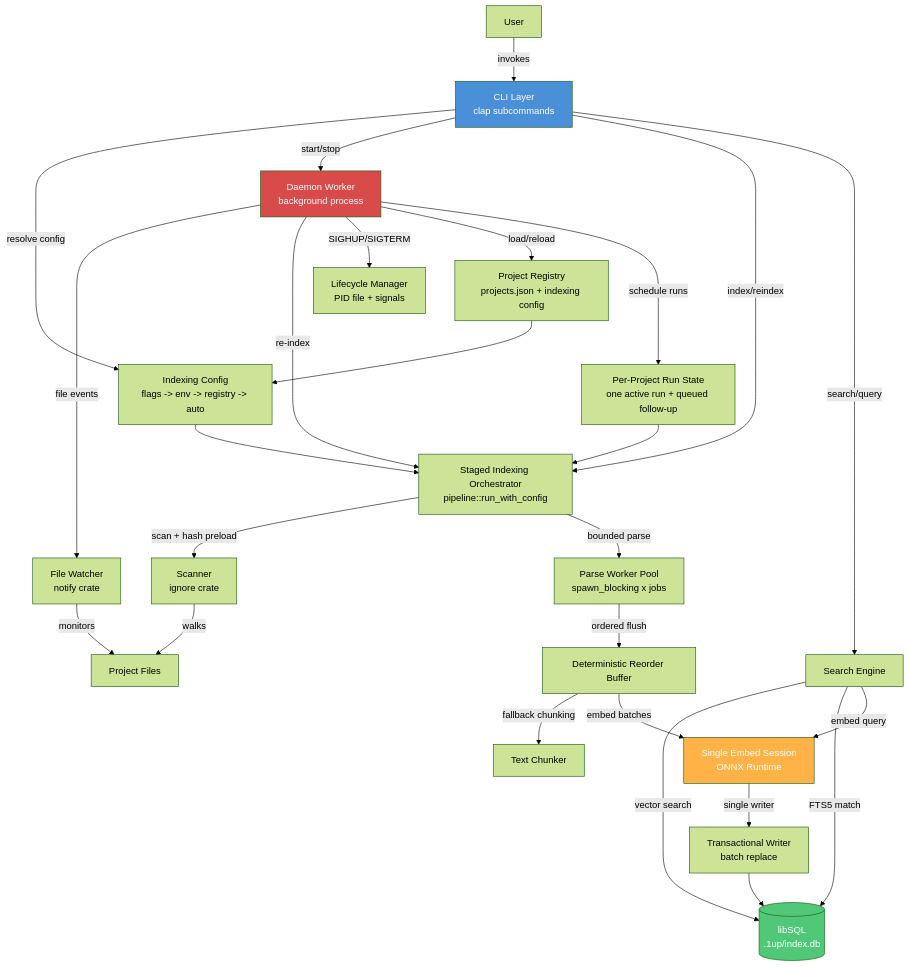
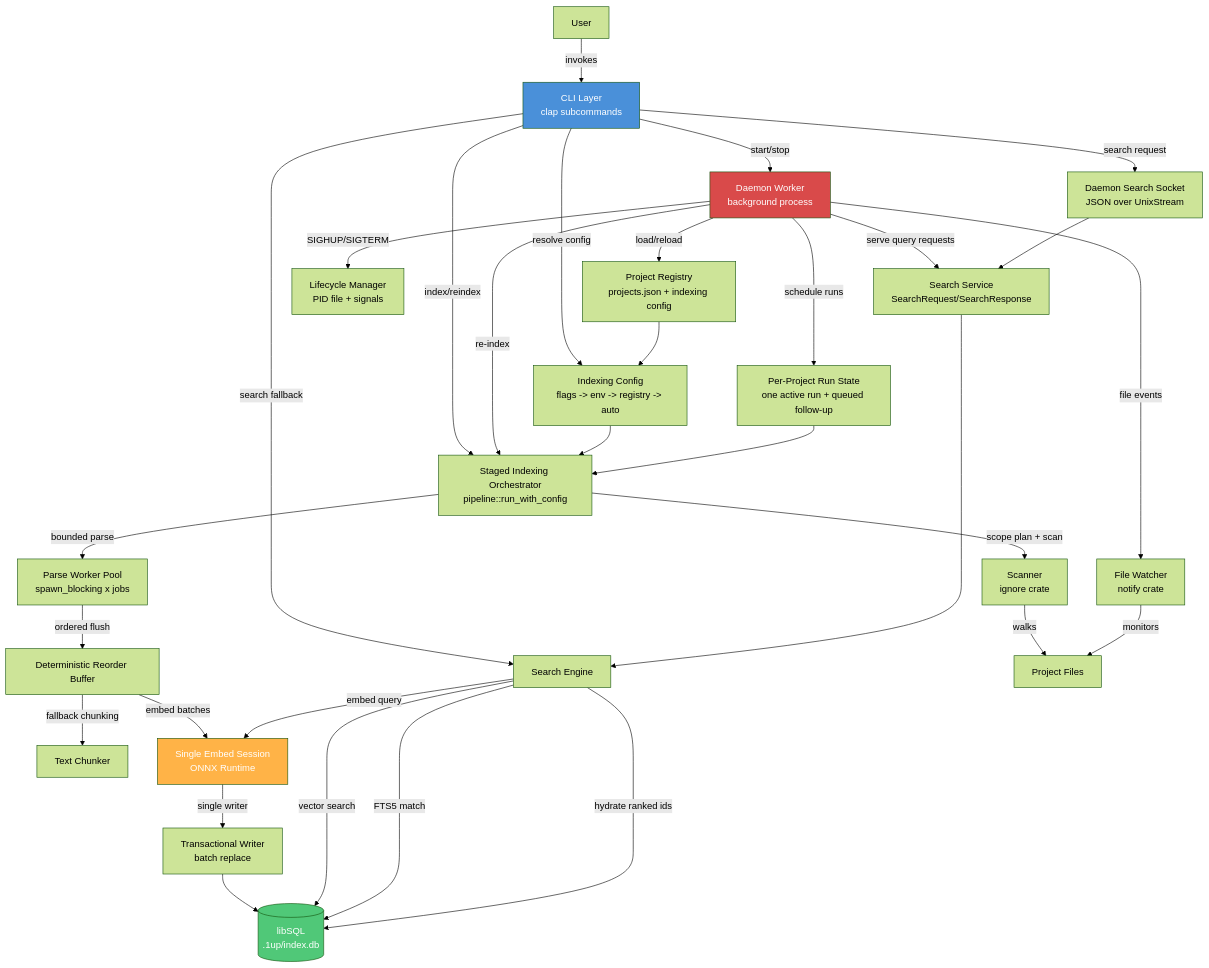
One commit to rp1-run/1up changed the diagram in .rp1/context/architecture.md. Above: the diagram before and after it, drawn with Mermaid (forest theme). The commit also changed other lines of this file and 2 other files, not shown here.

````diff
--- a/.rp1/context/architecture.md
+++ b/.rp1/context/architecture.md
@@ -9,38 +9,43 @@
 ```mermaid
 graph TB
     User[User] -->|invokes| CLI[CLI Layer<br/>clap subcommands]
     CLI -->|resolve config| Config[Indexing Config<br/>flags -> env -> registry -> auto]
     CLI -->|start/stop| Daemon[Daemon Worker<br/>background process]
     CLI -->|index/reindex| Pipeline[Staged Indexing Orchestrator<br/>pipeline::run_with_config]
-    CLI -->|search/query| Search[Search Engine]
+    CLI -->|search fallback| Search[Search Engine]
+    CLI -->|search request| SearchSocket[Daemon Search Socket<br/>JSON over UnixStream]
 
     Daemon -->|file events| Watcher[File Watcher<br/>notify crate]
     Daemon -->|re-index| Pipeline
+    Daemon -->|serve query requests| SearchService[Search Service<br/>SearchRequest/SearchResponse]
     Daemon -->|SIGHUP/SIGTERM| Lifecycle[Lifecycle Manager<br/>PID file + signals]
     Daemon -->|load/reload| Registry[Project Registry<br/>projects.json + indexing config]
     Daemon -->|schedule runs| RunState[Per-Project Run State<br/>one active run + queued follow-up]
+    SearchSocket --> SearchService
 
     Config --> Pipeline
     Registry --> Config
     RunState --> Pipeline
 
-    Pipeline -->|scan + hash preload| Scanner[Scanner<br/>ignore crate]
+    Pipeline -->|scope plan + scan| Scanner[Scanner<br/>ignore crate]
     Pipeline -->|bounded parse| Parser[Parse Worker Pool<br/>spawn_blocking x jobs]
     Parser -->|ordered flush| Reorder[Deterministic Reorder Buffer]
     Reorder -->|fallback chunking| Chunker[Text Chunker]
     Reorder -->|embed batches| Embedder[Single Embed Session<br/>ONNX Runtime]
     Embedder -->|single writer| Writer[Transactional Writer<br/>batch replace]
     Writer --> DB[(libSQL<br/>.1up/index.db)]
 
+    SearchService --> Search
     Search -->|vector search| DB
     Search -->|FTS5 match| DB
+    Search -->|hydrate ranked ids| DB
     Search -->|embed query| Embedder
 
     Scanner -->|walks| FS[Project Files]
     Watcher -->|monitors| FS
 
     style CLI fill:#4A90D9,color:#fff
     style Daemon fill:#D94A4A,color:#fff
     style DB fill:#50C878,color:#fff
     style Embedder fill:#FFB347,color:#fff
 ```
````
